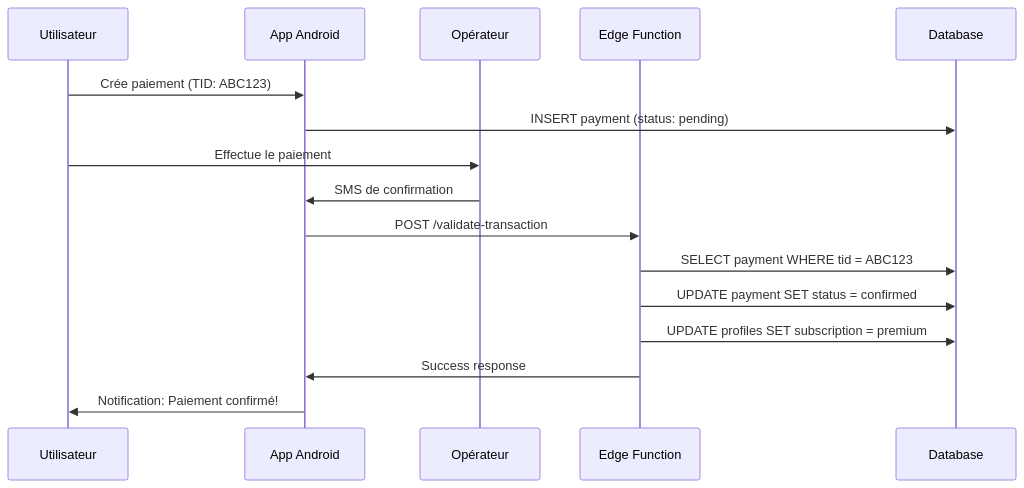
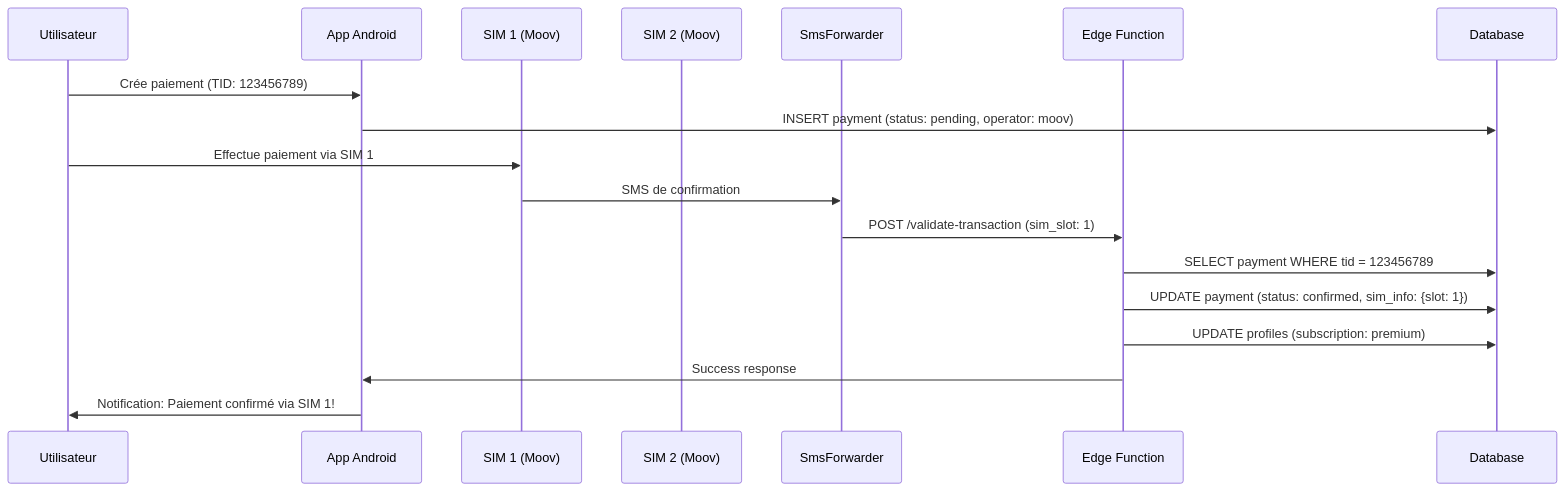
One commit to delricke-tech/Wordcraft changed the diagram in GUIDE_EDGE_FUNCTION_SMS.md. Above: the diagram before and after it, drawn with Mermaid. The commit also changed other lines of this file and 6 other files, not shown here.

````diff
--- a/GUIDE_EDGE_FUNCTION_SMS.md
+++ b/GUIDE_EDGE_FUNCTION_SMS.md
@@ -481,19 +457,21 @@
 ```mermaid
 sequenceDiagram
     participant U as Utilisateur
     participant A as App Android
-    participant O as Opérateur
+    participant S1 as SIM 1 (Moov)
+    participant S2 as SIM 2 (Moov)
+    participant SF as SmsForwarder
     participant E as Edge Function
     participant D as Database
 
-    U->>A: Crée paiement (TID: ABC123)
-    A->>D: INSERT payment (status: pending)
-    U->>O: Effectue le paiement
-    O->>A: SMS de confirmation
-    A->>E: POST /validate-transaction
-    E->>D: SELECT payment WHERE tid = ABC123
-    E->>D: UPDATE payment SET status = confirmed
-    E->>D: UPDATE profiles SET subscription = premium
+    U->>A: Crée paiement (TID: 123456789)
+    A->>D: INSERT payment (status: pending, operator: moov)
+    U->>S1: Effectue paiement via SIM 1
+    S1->>SF: SMS de confirmation
+    SF->>E: POST /validate-transaction (sim_slot: 1)
+    E->>D: SELECT payment WHERE tid = 123456789
+    E->>D: UPDATE payment (status: confirmed, sim_info: {slot: 1})
+    E->>D: UPDATE profiles (subscription: premium)
     E->>A: Success response
-    A->>U: Notification: Paiement confirmé!
+    A->>U: Notification: Paiement confirmé via SIM 1!
 ```
````
